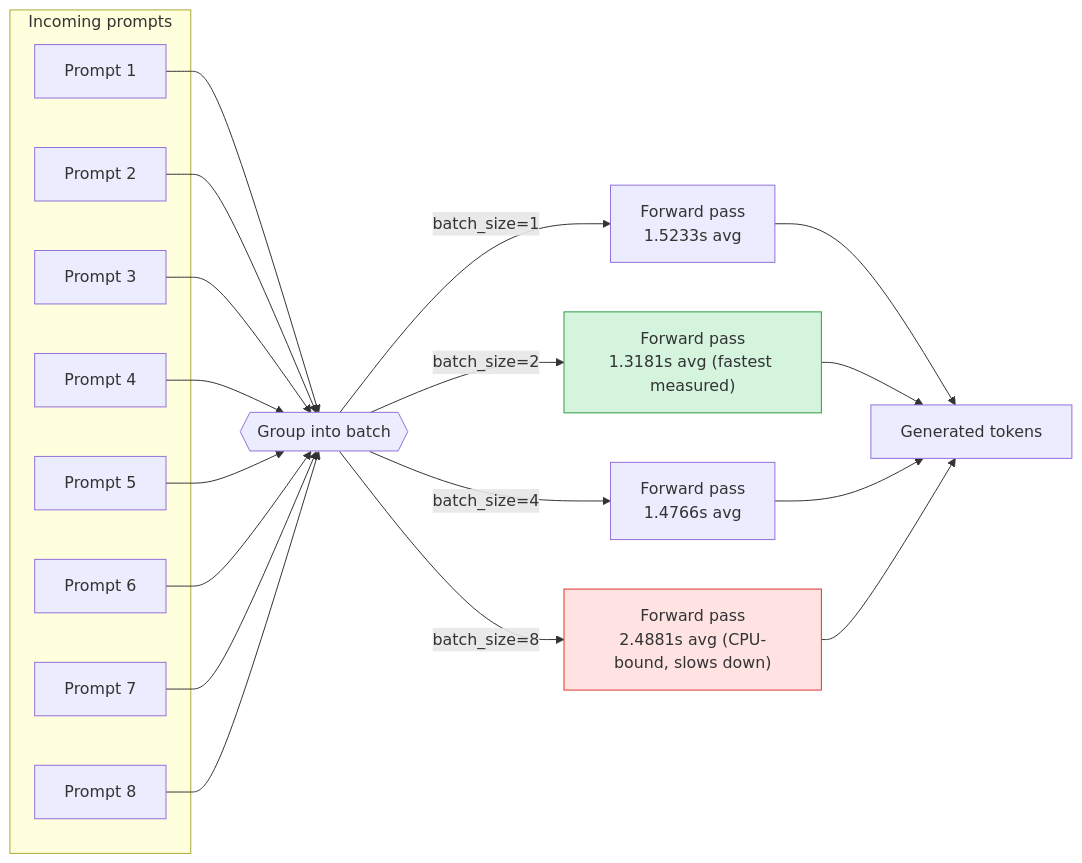
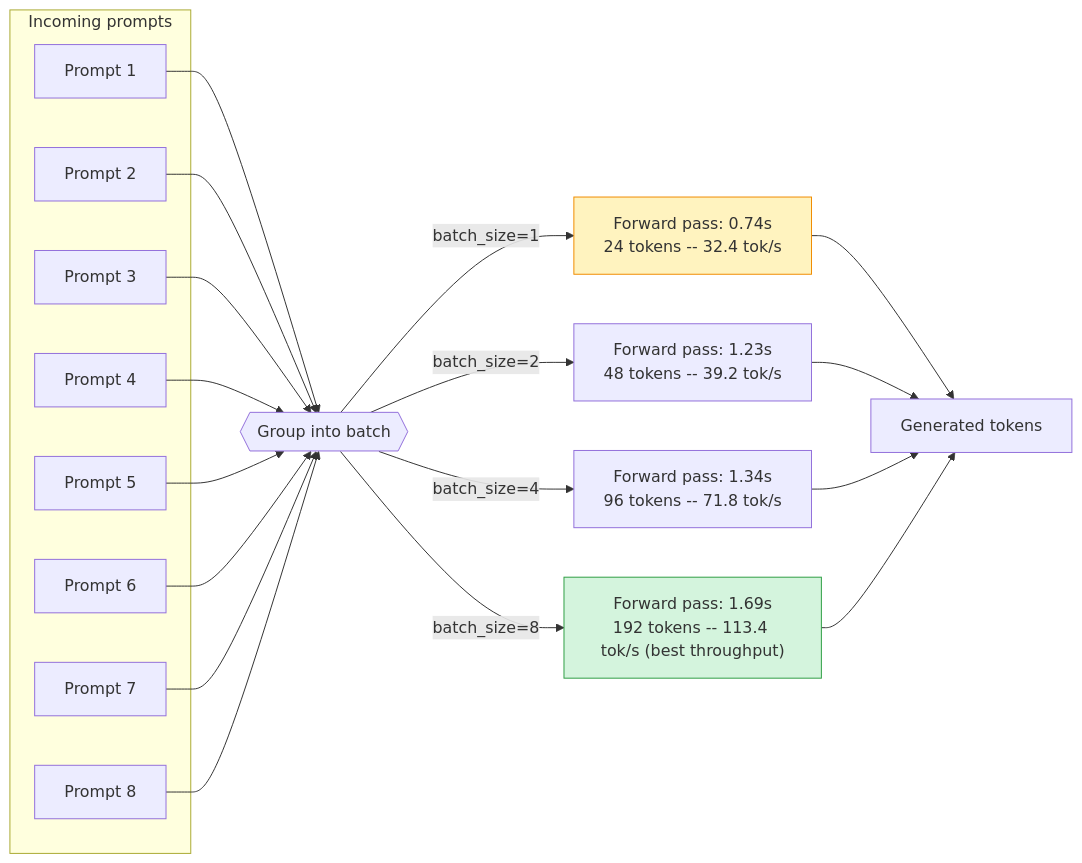
One commit to ramirez-ai-labs/codex-systems-lab changed the diagram in 05_system_diagrams/batching_architecture.mmd. Above: the diagram before and after it, drawn with Mermaid. The commit also changed 8 other files, not shown here.

```diff
--- a/05_system_diagrams/batching_architecture.mmd
+++ b/05_system_diagrams/batching_architecture.mmd
@@ -1,42 +1,46 @@
-%% Batching Architecture — how batch size affects per-batch latency
+%% Batching Architecture — how batch size affects throughput
 %% Real numbers from 01_inference_profiling/RESULTS_batch_size.md
-%% (MacBook Air, i5-8210Y, CPU-only, distilgpt2, avg of 5 runs per size)
+%% (MacBook Air, i5-8210Y, CPU-only, distilgpt2, 24 new tokens/prompt,
+%% avg of 2 runs per batch size, 4 rotating prompts)
+%% NOTE: this replaces an earlier version of this diagram that cited
+%% latency-only numbers (1.52/1.32/1.47/2.49s) from an older version of
+%% benchmark_batching_effects.py that no longer exists in this repo.
 %% This is a diagram of the benchmark script's own request grouping,
 %% not a production request-batching service — see container_orchestration.md
 %% for how a real batching queue would sit in front of this.
 
 flowchart LR
     subgraph Incoming["Incoming prompts"]
         P1[Prompt 1]
         P2[Prompt 2]
         P3[Prompt 3]
         P4[Prompt 4]
         P5[Prompt 5]
         P6[Prompt 6]
         P7[Prompt 7]
         P8[Prompt 8]
     end
 
     P1 --> BQ{{Group into batch}}
     P2 --> BQ
     P3 --> BQ
     P4 --> BQ
     P5 --> BQ
     P6 --> BQ
     P7 --> BQ
     P8 --> BQ
 
-    BQ -->|batch_size=1| B1["Forward pass\n1.5233s avg"]
-    BQ -->|batch_size=2| B2["Forward pass\n1.3181s avg (fastest measured)"]
-    BQ -->|batch_size=4| B4["Forward pass\n1.4766s avg"]
-    BQ -->|batch_size=8| B8["Forward pass\n2.4881s avg (CPU-bound, slows down)"]
+    BQ -->|batch_size=1| B1["Forward pass: 0.74s\n24 tokens -- 32.4 tok/s"]
+    BQ -->|batch_size=2| B2["Forward pass: 1.23s\n48 tokens -- 39.2 tok/s"]
+    BQ -->|batch_size=4| B4["Forward pass: 1.34s\n96 tokens -- 71.8 tok/s"]
+    BQ -->|batch_size=8| B8["Forward pass: 1.69s\n192 tokens -- 113.4 tok/s (best throughput)"]
 
     B1 --> OUT[Generated tokens]
     B2 --> OUT
     B4 --> OUT
     B8 --> OUT
 
-    classDef fastest fill:#d4f4dd,stroke:#2f9e44;
-    classDef slowest fill:#ffe3e3,stroke:#e03131;
-    class B2 fastest;
-    class B8 slowest;
+    classDef best fill:#d4f4dd,stroke:#2f9e44;
+    classDef baseline fill:#fff3bf,stroke:#f08c00;
+    class B8 best;
+    class B1 baseline;
```
